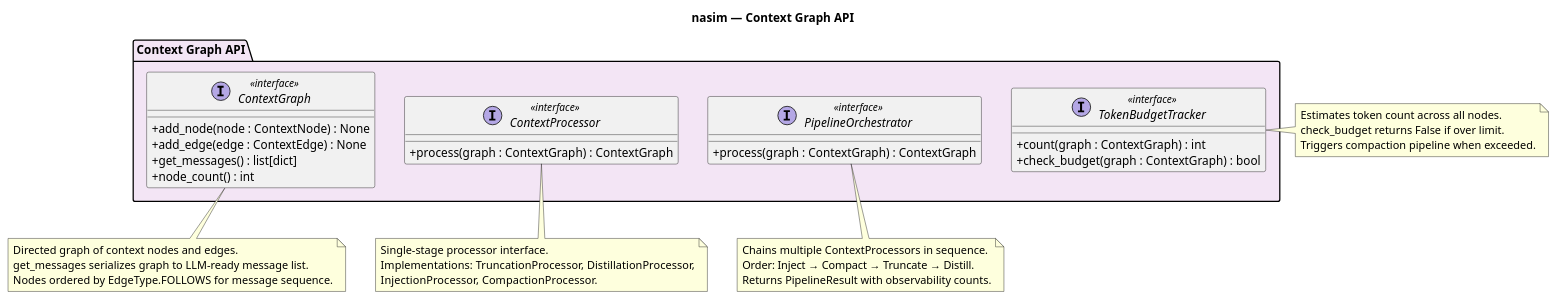
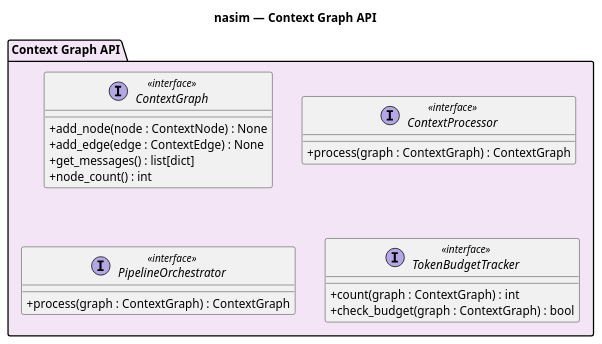
One commit to salimnamvar/nasim changed the diagram in docs/CT/API/ct_api_context_graph.puml. Above: the diagram before and after it, drawn with PlantUML. The commit also changed 345 other files, not shown here.

```diff
--- a/docs/CT/API/ct_api_context_graph.puml
+++ b/docs/CT/API/ct_api_context_graph.puml
@@ -1,63 +1,38 @@
 @startuml ct_api_context_graph
 ' ============================================================
 ' Title:     nasim — Context Graph API
 ' Boundary:  NASIM Application — HTTPAdapter API surface
 ' Purpose:   Public interfaces for context graph construction and processing
 ' Milestone: v1.0
 ' Version:   1.0.0
 ' Source:    docs/audit/audit_2026-06-20_capability-and-architecture.md
 ' Review:    —
 ' ============================================================
 
 title nasim — Context Graph API
 
 skinparam classAttributeIconSize 0
 
 package "Context Graph API" #F3E5F5 {
 
     interface "ContextGraph" <<interface>> {
         + add_node(node : ContextNode) : None
         + add_edge(edge : ContextEdge) : None
         + get_messages() : list[dict]
         + node_count() : int
     }
 
     interface "ContextProcessor" <<interface>> {
         + process(graph : ContextGraph) : ContextGraph
     }
 
     interface "PipelineOrchestrator" <<interface>> {
         + process(graph : ContextGraph) : ContextGraph
     }
 
     interface "TokenBudgetTracker" <<interface>> {
         + count(graph : ContextGraph) : int
         + check_budget(graph : ContextGraph) : bool
     }
 }
-
-note bottom of ContextGraph
-  Directed graph of context nodes and edges.
-  get_messages serializes graph to LLM-ready message list.
-  Nodes ordered by EdgeType.FOLLOWS for message sequence.
-end note
-
-note bottom of ContextProcessor
-  Single-stage processor interface.
-  Implementations: TruncationProcessor, DistillationProcessor,
-  InjectionProcessor, CompactionProcessor.
-end note
-
-note bottom of PipelineOrchestrator
-  Chains multiple ContextProcessors in sequence.
-  Order: Inject → Compact → Truncate → Distill.
-  Returns PipelineResult with observability counts.
-end note
-
-note right of TokenBudgetTracker
-  Estimates token count across all nodes.
-  check_budget returns False if over limit.
-  Triggers compaction pipeline when exceeded.
-end note
-
 @enduml
```
